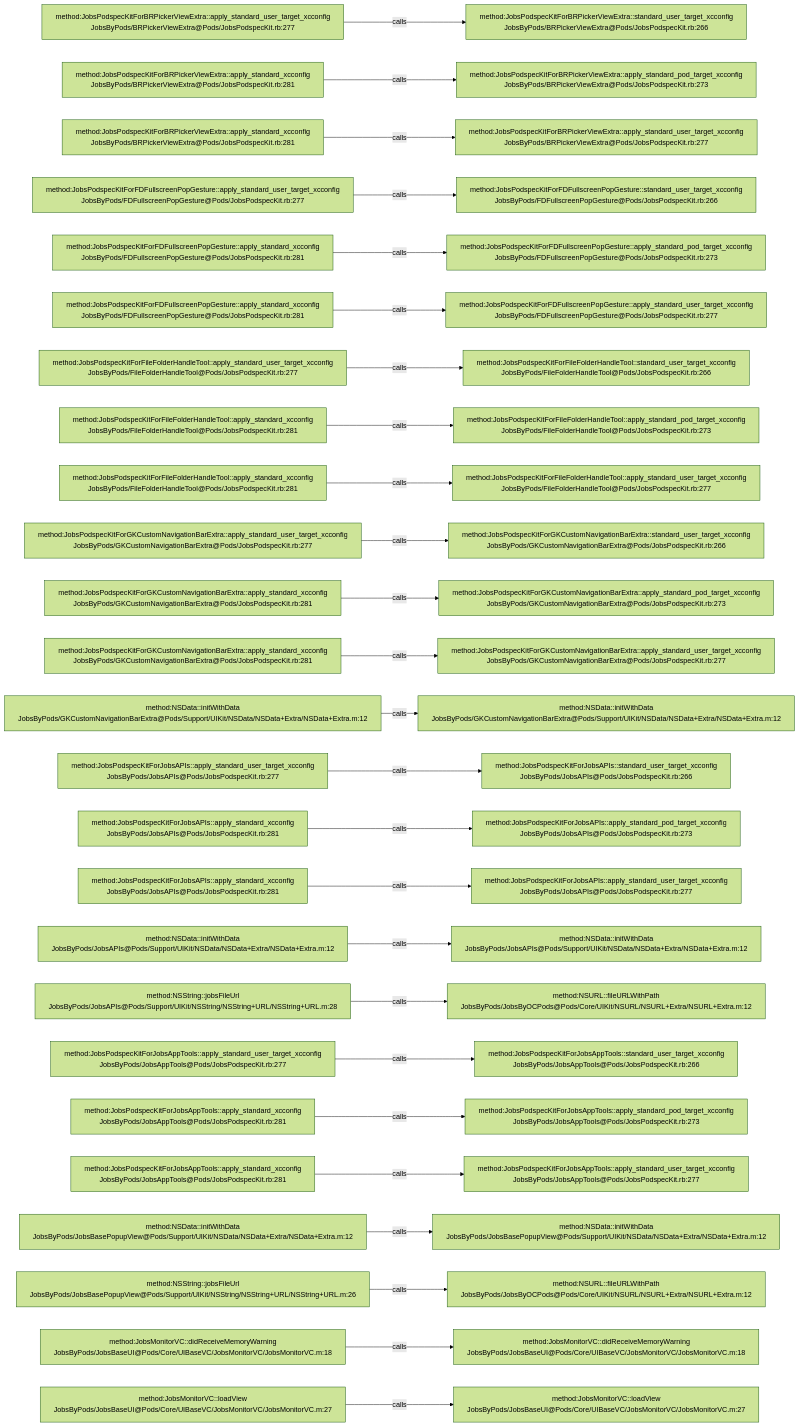
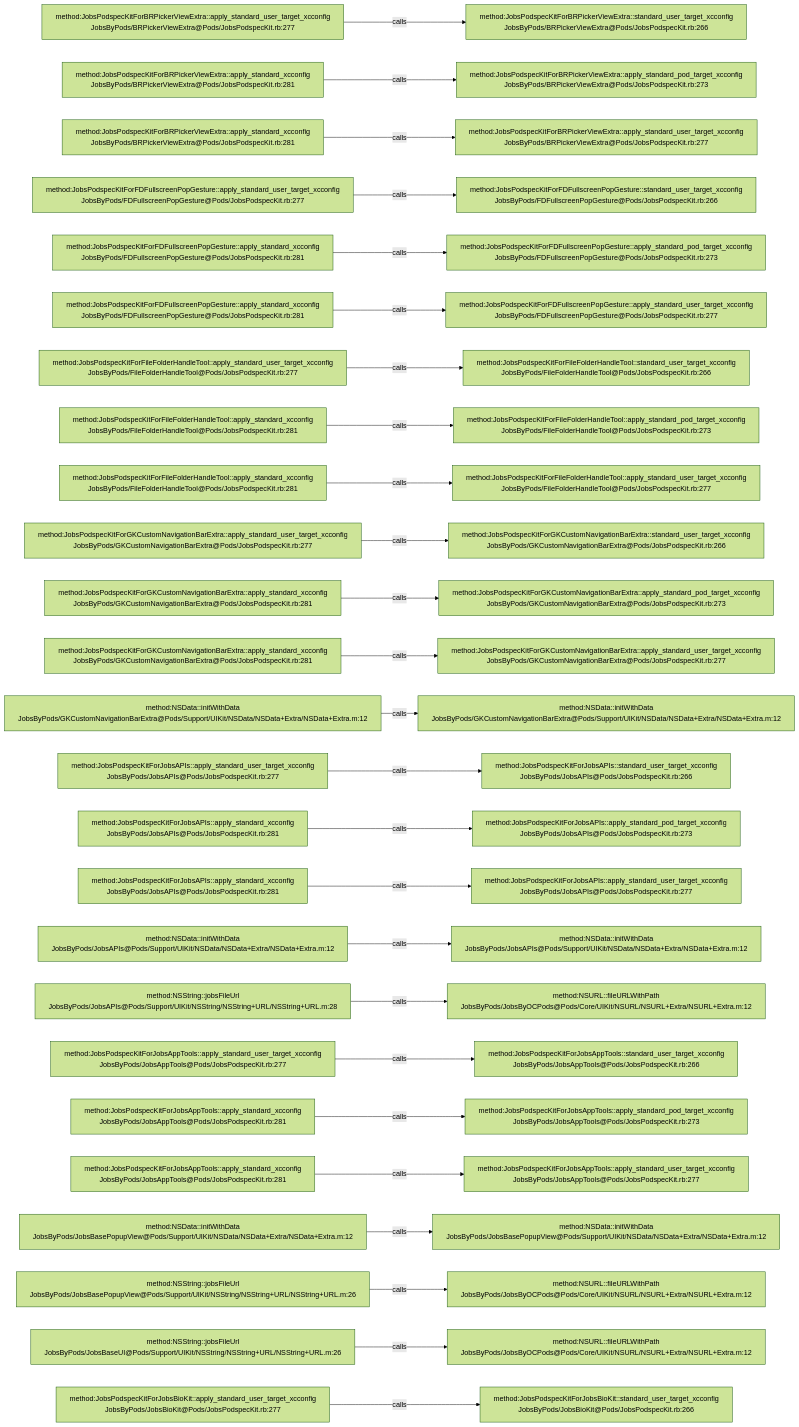
Before and after one commit to JobsKits/JobsOCBaseConfigDemo: the diagram in .codegraph/codegraph.md/graphs/calls-001.md, drawn with Mermaid (forest theme). The commit also changed 666 other files, not shown here.

````diff
--- a/.codegraph/codegraph.md/graphs/calls-001.md
+++ b/.codegraph/codegraph.md/graphs/calls-001.md
@@ -13,78 +13,78 @@
 ```mermaid
 flowchart LR
   S1["method:JobsPodspecKitForBRPickerViewExtra::apply_standard_user_target_xcconfig<br/>JobsByPods/BRPickerViewExtra@Pods/JobsPodspecKit.rb:277"]
   T1["method:JobsPodspecKitForBRPickerViewExtra::standard_user_target_xcconfig<br/>JobsByPods/BRPickerViewExtra@Pods/JobsPodspecKit.rb:266"]
   S1 -->|calls| T1
   S2["method:JobsPodspecKitForBRPickerViewExtra::apply_standard_xcconfig<br/>JobsByPods/BRPickerViewExtra@Pods/JobsPodspecKit.rb:281"]
   T2["method:JobsPodspecKitForBRPickerViewExtra::apply_standard_pod_target_xcconfig<br/>JobsByPods/BRPickerViewExtra@Pods/JobsPodspecKit.rb:273"]
   S2 -->|calls| T2
   S3["method:JobsPodspecKitForBRPickerViewExtra::apply_standard_xcconfig<br/>JobsByPods/BRPickerViewExtra@Pods/JobsPodspecKit.rb:281"]
   T3["method:JobsPodspecKitForBRPickerViewExtra::apply_standard_user_target_xcconfig<br/>JobsByPods/BRPickerViewExtra@Pods/JobsPodspecKit.rb:277"]
   S3 -->|calls| T3
   S4["method:JobsPodspecKitForFDFullscreenPopGesture::apply_standard_user_target_xcconfig<br/>JobsByPods/FDFullscreenPopGesture@Pods/JobsPodspecKit.rb:277"]
   T4["method:JobsPodspecKitForFDFullscreenPopGesture::standard_user_target_xcconfig<br/>JobsByPods/FDFullscreenPopGesture@Pods/JobsPodspecKit.rb:266"]
   S4 -->|calls| T4
   S5["method:JobsPodspecKitForFDFullscreenPopGesture::apply_standard_xcconfig<br/>JobsByPods/FDFullscreenPopGesture@Pods/JobsPodspecKit.rb:281"]
   T5["method:JobsPodspecKitForFDFullscreenPopGesture::apply_standard_pod_target_xcconfig<br/>JobsByPods/FDFullscreenPopGesture@Pods/JobsPodspecKit.rb:273"]
   S5 -->|calls| T5
   S6["method:JobsPodspecKitForFDFullscreenPopGesture::apply_standard_xcconfig<br/>JobsByPods/FDFullscreenPopGesture@Pods/JobsPodspecKit.rb:281"]
   T6["method:JobsPodspecKitForFDFullscreenPopGesture::apply_standard_user_target_xcconfig<br/>JobsByPods/FDFullscreenPopGesture@Pods/JobsPodspecKit.rb:277"]
   S6 -->|calls| T6
   S7["method:JobsPodspecKitForFileFolderHandleTool::apply_standard_user_target_xcconfig<br/>JobsByPods/FileFolderHandleTool@Pods/JobsPodspecKit.rb:277"]
   T7["method:JobsPodspecKitForFileFolderHandleTool::standard_user_target_xcconfig<br/>JobsByPods/FileFolderHandleTool@Pods/JobsPodspecKit.rb:266"]
   S7 -->|calls| T7
   S8["method:JobsPodspecKitForFileFolderHandleTool::apply_standard_xcconfig<br/>JobsByPods/FileFolderHandleTool@Pods/JobsPodspecKit.rb:281"]
   T8["method:JobsPodspecKitForFileFolderHandleTool::apply_standard_pod_target_xcconfig<br/>JobsByPods/FileFolderHandleTool@Pods/JobsPodspecKit.rb:273"]
   S8 -->|calls| T8
   S9["method:JobsPodspecKitForFileFolderHandleTool::apply_standard_xcconfig<br/>JobsByPods/FileFolderHandleTool@Pods/JobsPodspecKit.rb:281"]
   T9["method:JobsPodspecKitForFileFolderHandleTool::apply_standard_user_target_xcconfig<br/>JobsByPods/FileFolderHandleTool@Pods/JobsPodspecKit.rb:277"]
   S9 -->|calls| T9
   S10["method:JobsPodspecKitForGKCustomNavigationBarExtra::apply_standard_user_target_xcconfig<br/>JobsByPods/GKCustomNavigationBarExtra@Pods/JobsPodspecKit.rb:277"]
   T10["method:JobsPodspecKitForGKCustomNavigationBarExtra::standard_user_target_xcconfig<br/>JobsByPods/GKCustomNavigationBarExtra@Pods/JobsPodspecKit.rb:266"]
   S10 -->|calls| T10
   S11["method:JobsPodspecKitForGKCustomNavigationBarExtra::apply_standard_xcconfig<br/>JobsByPods/GKCustomNavigationBarExtra@Pods/JobsPodspecKit.rb:281"]
   T11["method:JobsPodspecKitForGKCustomNavigationBarExtra::apply_standard_pod_target_xcconfig<br/>JobsByPods/GKCustomNavigationBarExtra@Pods/JobsPodspecKit.rb:273"]
   S11 -->|calls| T11
   S12["method:JobsPodspecKitForGKCustomNavigationBarExtra::apply_standard_xcconfig<br/>JobsByPods/GKCustomNavigationBarExtra@Pods/JobsPodspecKit.rb:281"]
   T12["method:JobsPodspecKitForGKCustomNavigationBarExtra::apply_standard_user_target_xcconfig<br/>JobsByPods/GKCustomNavigationBarExtra@Pods/JobsPodspecKit.rb:277"]
   S12 -->|calls| T12
   S13["method:NSData::initWithData<br/>JobsByPods/GKCustomNavigationBarExtra@Pods/Support/UIKit/NSData/NSData+Extra/NSData+Extra.m:12"]
   T13["method:NSData::initWithData<br/>JobsByPods/GKCustomNavigationBarExtra@Pods/Support/UIKit/NSData/NSData+Extra/NSData+Extra.m:12"]
   S13 -->|calls| T13
   S14["method:JobsPodspecKitForJobsAPIs::apply_standard_user_target_xcconfig<br/>JobsByPods/JobsAPIs@Pods/JobsPodspecKit.rb:277"]
   T14["method:JobsPodspecKitForJobsAPIs::standard_user_target_xcconfig<br/>JobsByPods/JobsAPIs@Pods/JobsPodspecKit.rb:266"]
   S14 -->|calls| T14
   S15["method:JobsPodspecKitForJobsAPIs::apply_standard_xcconfig<br/>JobsByPods/JobsAPIs@Pods/JobsPodspecKit.rb:281"]
   T15["method:JobsPodspecKitForJobsAPIs::apply_standard_pod_target_xcconfig<br/>JobsByPods/JobsAPIs@Pods/JobsPodspecKit.rb:273"]
   S15 -->|calls| T15
   S16["method:JobsPodspecKitForJobsAPIs::apply_standard_xcconfig<br/>JobsByPods/JobsAPIs@Pods/JobsPodspecKit.rb:281"]
   T16["method:JobsPodspecKitForJobsAPIs::apply_standard_user_target_xcconfig<br/>JobsByPods/JobsAPIs@Pods/JobsPodspecKit.rb:277"]
   S16 -->|calls| T16
   S17["method:NSData::initWithData<br/>JobsByPods/JobsAPIs@Pods/Support/UIKit/NSData/NSData+Extra/NSData+Extra.m:12"]
   T17["method:NSData::initWithData<br/>JobsByPods/JobsAPIs@Pods/Support/UIKit/NSData/NSData+Extra/NSData+Extra.m:12"]
   S17 -->|calls| T17
   S18["method:NSString::jobsFileUrl<br/>JobsByPods/JobsAPIs@Pods/Support/UIKit/NSString/NSString+URL/NSString+URL.m:28"]
   T18["method:NSURL::fileURLWithPath<br/>JobsByPods/JobsByOCPods@Pods/Core/UIKit/NSURL/NSURL+Extra/NSURL+Extra.m:12"]
   S18 -->|calls| T18
   S19["method:JobsPodspecKitForJobsAppTools::apply_standard_user_target_xcconfig<br/>JobsByPods/JobsAppTools@Pods/JobsPodspecKit.rb:277"]
   T19["method:JobsPodspecKitForJobsAppTools::standard_user_target_xcconfig<br/>JobsByPods/JobsAppTools@Pods/JobsPodspecKit.rb:266"]
   S19 -->|calls| T19
   S20["method:JobsPodspecKitForJobsAppTools::apply_standard_xcconfig<br/>JobsByPods/JobsAppTools@Pods/JobsPodspecKit.rb:281"]
   T20["method:JobsPodspecKitForJobsAppTools::apply_standard_pod_target_xcconfig<br/>JobsByPods/JobsAppTools@Pods/JobsPodspecKit.rb:273"]
   S20 -->|calls| T20
   S21["method:JobsPodspecKitForJobsAppTools::apply_standard_xcconfig<br/>JobsByPods/JobsAppTools@Pods/JobsPodspecKit.rb:281"]
   T21["method:JobsPodspecKitForJobsAppTools::apply_standard_user_target_xcconfig<br/>JobsByPods/JobsAppTools@Pods/JobsPodspecKit.rb:277"]
   S21 -->|calls| T21
   S22["method:NSData::initWithData<br/>JobsByPods/JobsBasePopupView@Pods/Support/UIKit/NSData/NSData+Extra/NSData+Extra.m:12"]
   T22["method:NSData::initWithData<br/>JobsByPods/JobsBasePopupView@Pods/Support/UIKit/NSData/NSData+Extra/NSData+Extra.m:12"]
   S22 -->|calls| T22
   S23["method:NSString::jobsFileUrl<br/>JobsByPods/JobsBasePopupView@Pods/Support/UIKit/NSString/NSString+URL/NSString+URL.m:26"]
   T23["method:NSURL::fileURLWithPath<br/>JobsByPods/JobsByOCPods@Pods/Core/UIKit/NSURL/NSURL+Extra/NSURL+Extra.m:12"]
   S23 -->|calls| T23
-  S24["method:JobsMonitorVC::didReceiveMemoryWarning<br/>JobsByPods/JobsBaseUI@Pods/Core/UIBaseVC/JobsMonitorVC/JobsMonitorVC.m:18"]
-  T24["method:JobsMonitorVC::didReceiveMemoryWarning<br/>JobsByPods/JobsBaseUI@Pods/Core/UIBaseVC/JobsMonitorVC/JobsMonitorVC.m:18"]
+  S24["method:NSString::jobsFileUrl<br/>JobsByPods/JobsBaseUI@Pods/Support/UIKit/NSString/NSString+URL/NSString+URL.m:26"]
+  T24["method:NSURL::fileURLWithPath<br/>JobsByPods/JobsByOCPods@Pods/Core/UIKit/NSURL/NSURL+Extra/NSURL+Extra.m:12"]
   S24 -->|calls| T24
-  S25["method:JobsMonitorVC::loadView<br/>JobsByPods/JobsBaseUI@Pods/Core/UIBaseVC/JobsMonitorVC/JobsMonitorVC.m:27"]
-  T25["method:JobsMonitorVC::loadView<br/>JobsByPods/JobsBaseUI@Pods/Core/UIBaseVC/JobsMonitorVC/JobsMonitorVC.m:27"]
+  S25["method:JobsPodspecKitForJobsBioKit::apply_standard_user_target_xcconfig<br/>JobsByPods/JobsBioKit@Pods/JobsPodspecKit.rb:277"]
+  T25["method:JobsPodspecKitForJobsBioKit::standard_user_target_xcconfig<br/>JobsByPods/JobsBioKit@Pods/JobsPodspecKit.rb:266"]
   S25 -->|calls| T25
 ```
````
